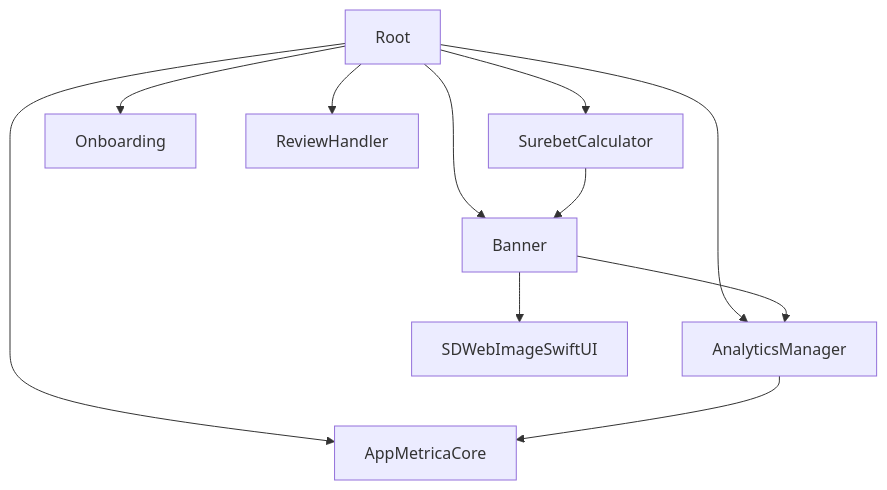
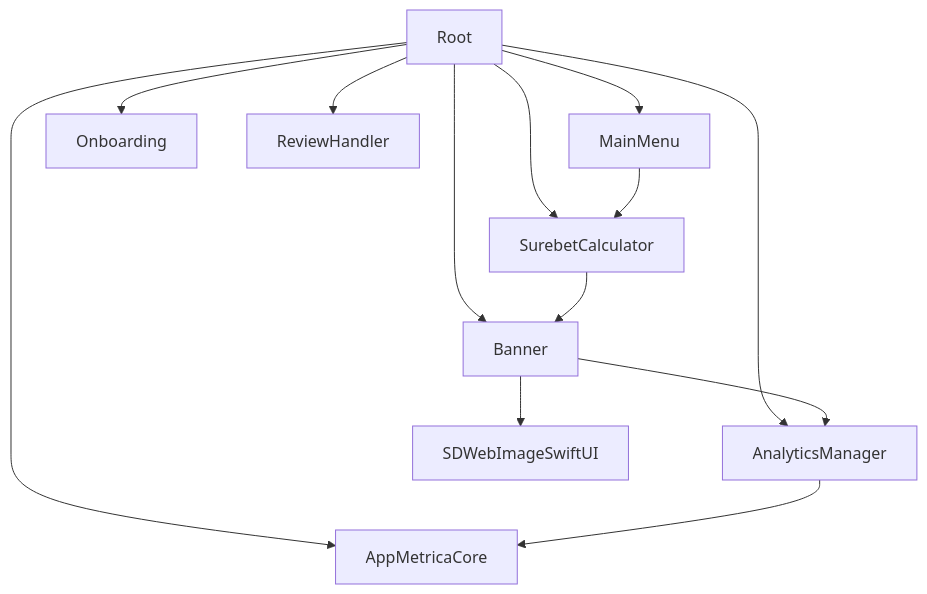
One commit to IaroslavAl/surebet-calculator-ios changed the diagram in docs/architecture/MODULES.md. Above: the diagram before and after it, drawn with Mermaid. The commit also changed other lines of this file and 17 other files, not shown here.

Commit message:
Extract main menu module

````diff
--- a/docs/architecture/MODULES.md
+++ b/docs/architecture/MODULES.md
@@ -5,16 +5,19 @@
 ```mermaid
 graph TD
     Root --> SurebetCalculator
     Root --> Banner
+    Root --> MainMenu
     Root --> Onboarding
     Root --> ReviewHandler
     Root --> AnalyticsManager
     Root --> AppMetricaCore
+
+    MainMenu --> SurebetCalculator
 
     SurebetCalculator --> Banner
 
     Banner --> AnalyticsManager
     Banner --> SDWebImageSwiftUI
 
     AnalyticsManager --> AppMetricaCore
 ```
````
